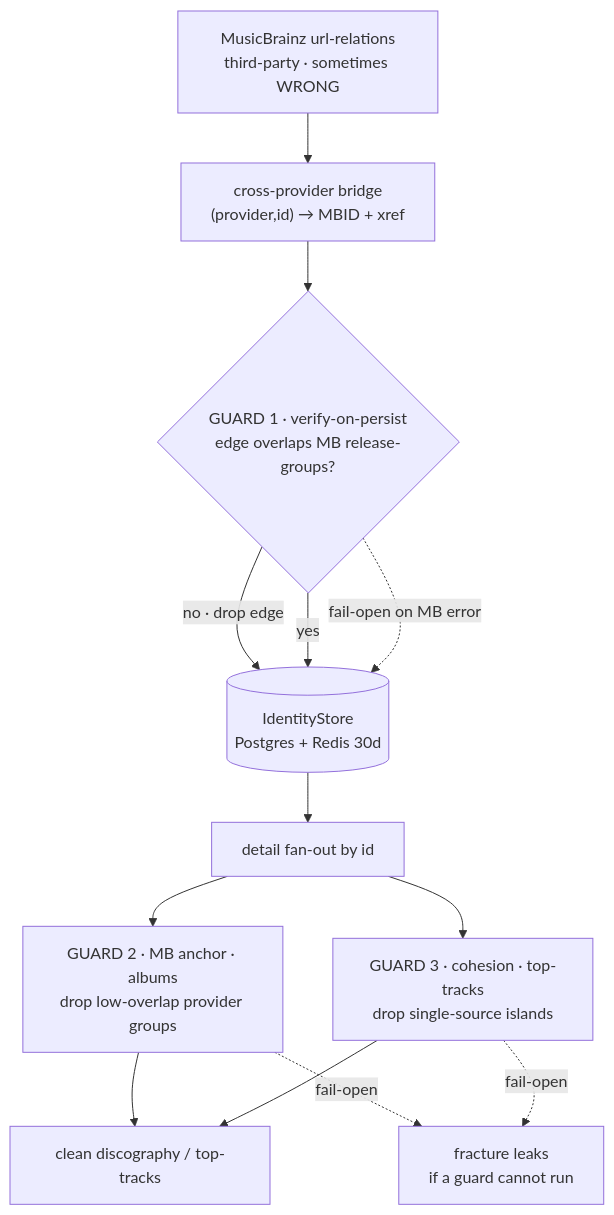
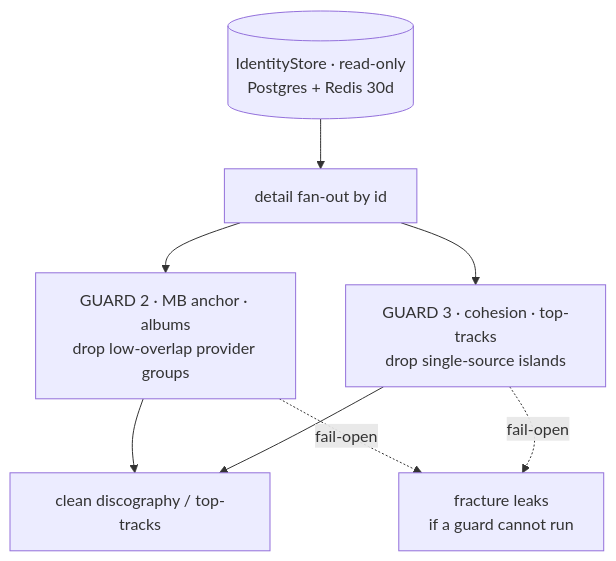
Before and after one commit to aleburrascano/altune: the fifth of 6 diagrams in services/go-api/internal/discovery/ARCHITECTURE.md, drawn with Mermaid. The commit also changed other lines of this file and 53 other files, not shown here.

First line of the commit message:
refactor(discovery): delete the dead MBID path: merge's MBID and bridge tiers, the identity stamper and its verifier, the ambiguous-name gate; go-api baseline 1130 → 1109

````diff
--- a/services/go-api/internal/discovery/ARCHITECTURE.md
+++ b/services/go-api/internal/discovery/ARCHITECTURE.md
@@ -468,15 +442,10 @@
 ```mermaid
 flowchart TD
-    MBREL["MusicBrainz url-relations<br/>third-party · sometimes WRONG"] --> BRIDGE["cross-provider bridge<br/>(provider,id) → MBID + xref"]
-    BRIDGE --> G1{"GUARD 1 · verify-on-persist<br/>edge overlaps MB release-groups?"}
-    G1 -->|"no · drop edge"| STORE[("IdentityStore<br/>Postgres + Redis 30d")]
-    G1 -->|yes| STORE
-    G1 -. "fail-open on MB error" .-> STORE
-    STORE --> DET["detail fan-out by id"]
+    STORE[("IdentityStore · read-only<br/>Postgres + Redis 30d")] --> DET["detail fan-out by id"]
     DET --> G2["GUARD 2 · MB anchor · albums<br/>drop low-overlap provider groups"]
     DET --> G3["GUARD 3 · cohesion · top-tracks<br/>drop single-source islands"]
     G2 --> CLEAN["clean discography / top-tracks"]
     G3 --> CLEAN
     G2 -. "fail-open" .-> LEAK["fracture leaks<br/>if a guard cannot run"]
     G3 -. "fail-open" .-> LEAK
 ```
````
